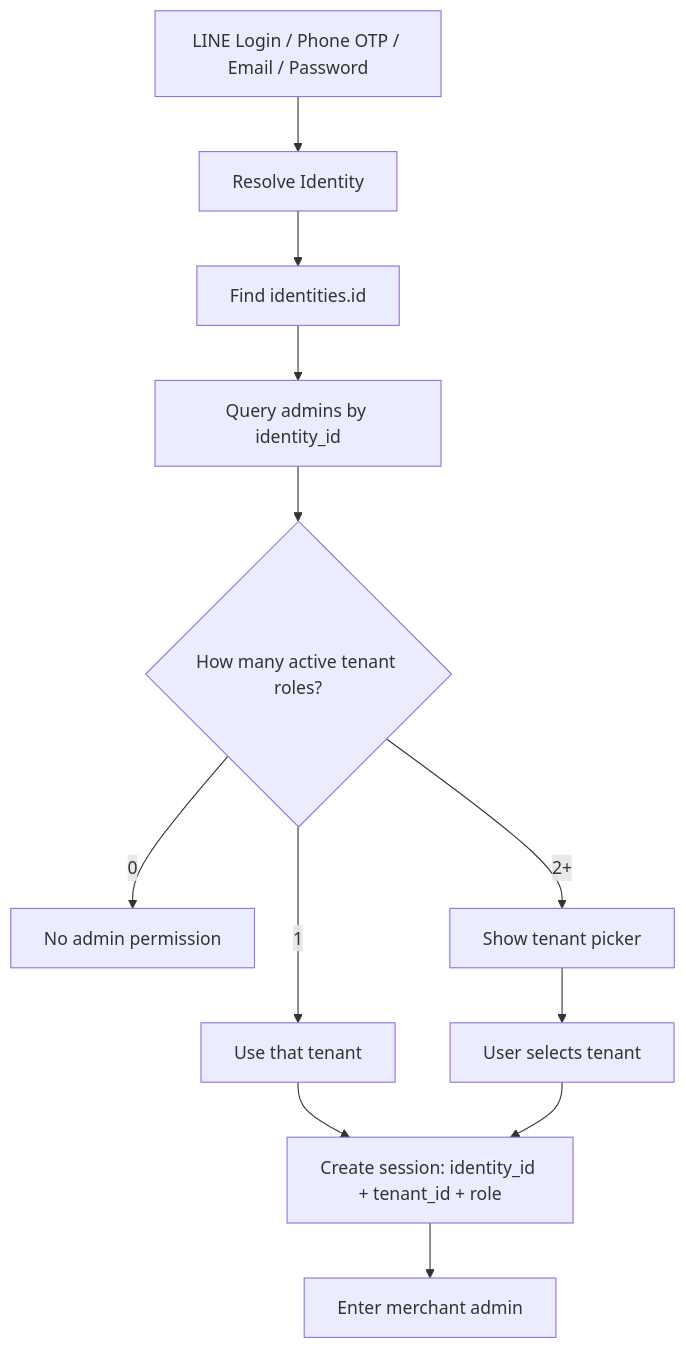
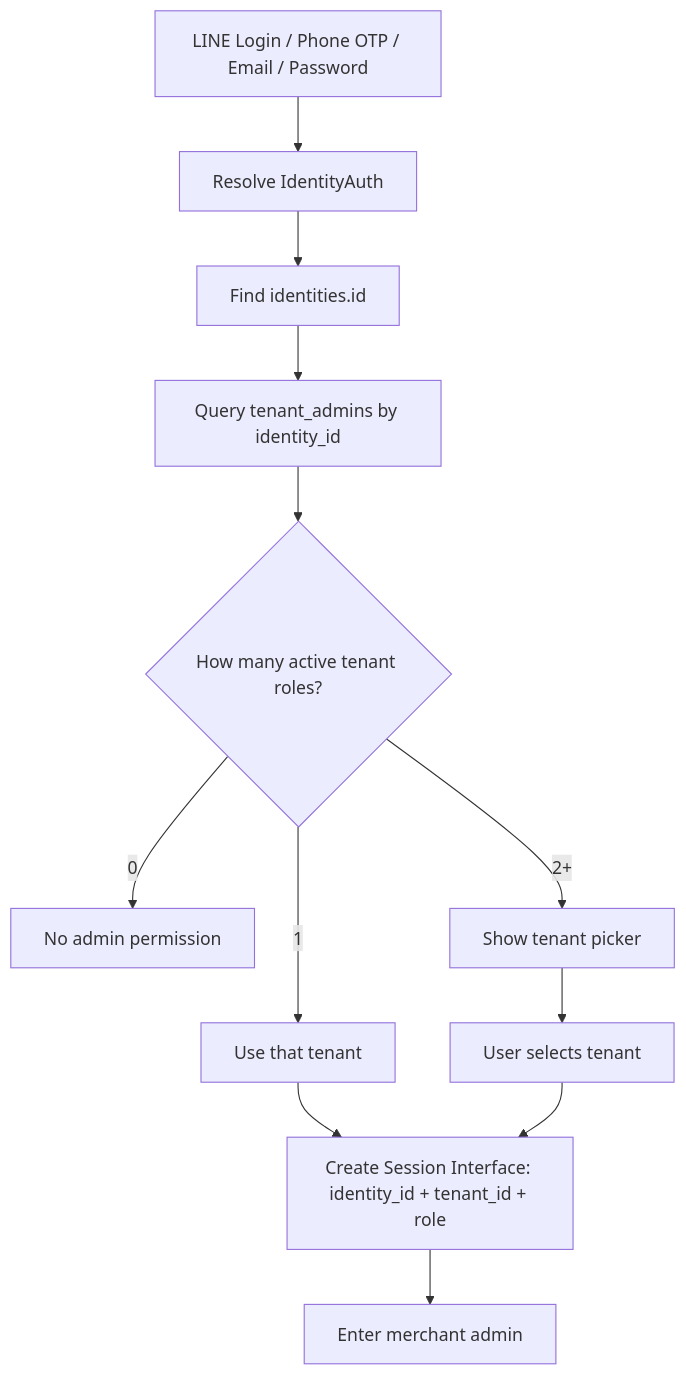
The second of 3 diagrams in docs/IDENTITY_MODEL_V1.md (fangwl591021/BookingOS), drawn with Mermaid before and after one commit. The commit also changed other lines of this file and 7 other files, not shown here.

Commit message:
docs: freeze identity schema

````diff
--- a/docs/IDENTITY_MODEL_V1.md
+++ b/docs/IDENTITY_MODEL_V1.md
@@ -186,14 +157,14 @@
 ```mermaid
 flowchart TD
-  A[LINE Login / Phone OTP / Email / Password] --> B[Resolve Identity]
+  A[LINE Login / Phone OTP / Email / Password] --> B[Resolve IdentityAuth]
   B --> C[Find identities.id]
-  C --> D[Query admins by identity_id]
+  C --> D[Query tenant_admins by identity_id]
   D --> E{How many active tenant roles?}
   E -- 0 --> F[No admin permission]
   E -- 1 --> G[Use that tenant]
   E -- 2+ --> H[Show tenant picker]
   H --> I[User selects tenant]
-  G --> J[Create session: identity_id + tenant_id + role]
+  G --> J[Create Session Interface: identity_id + tenant_id + role]
   I --> J
   J --> K[Enter merchant admin]
 ```
````
